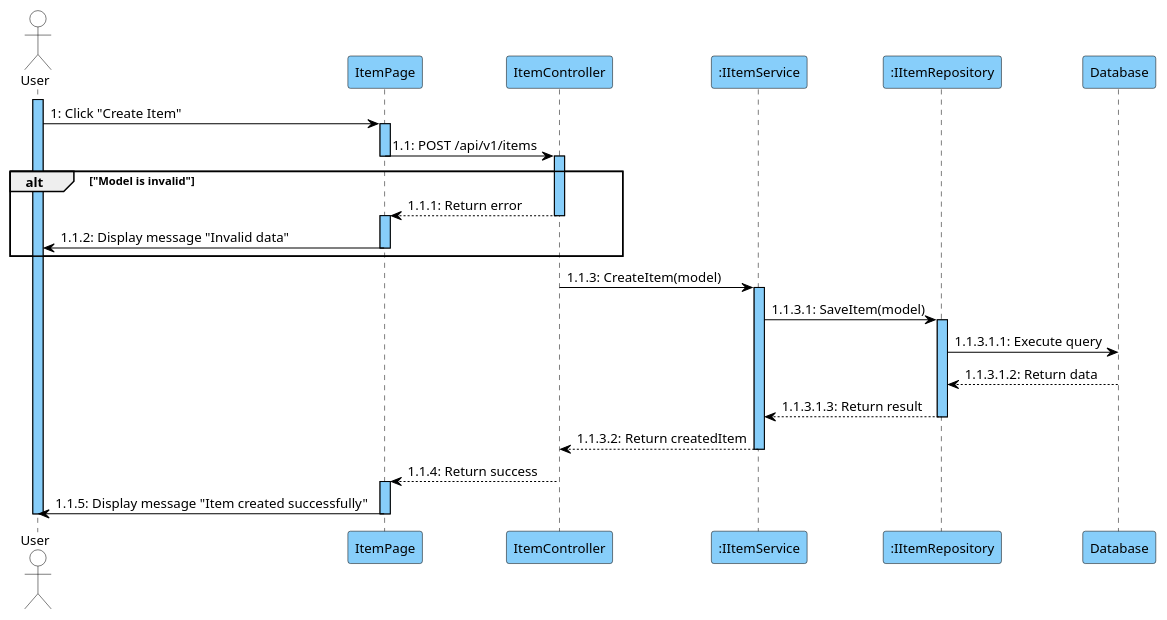
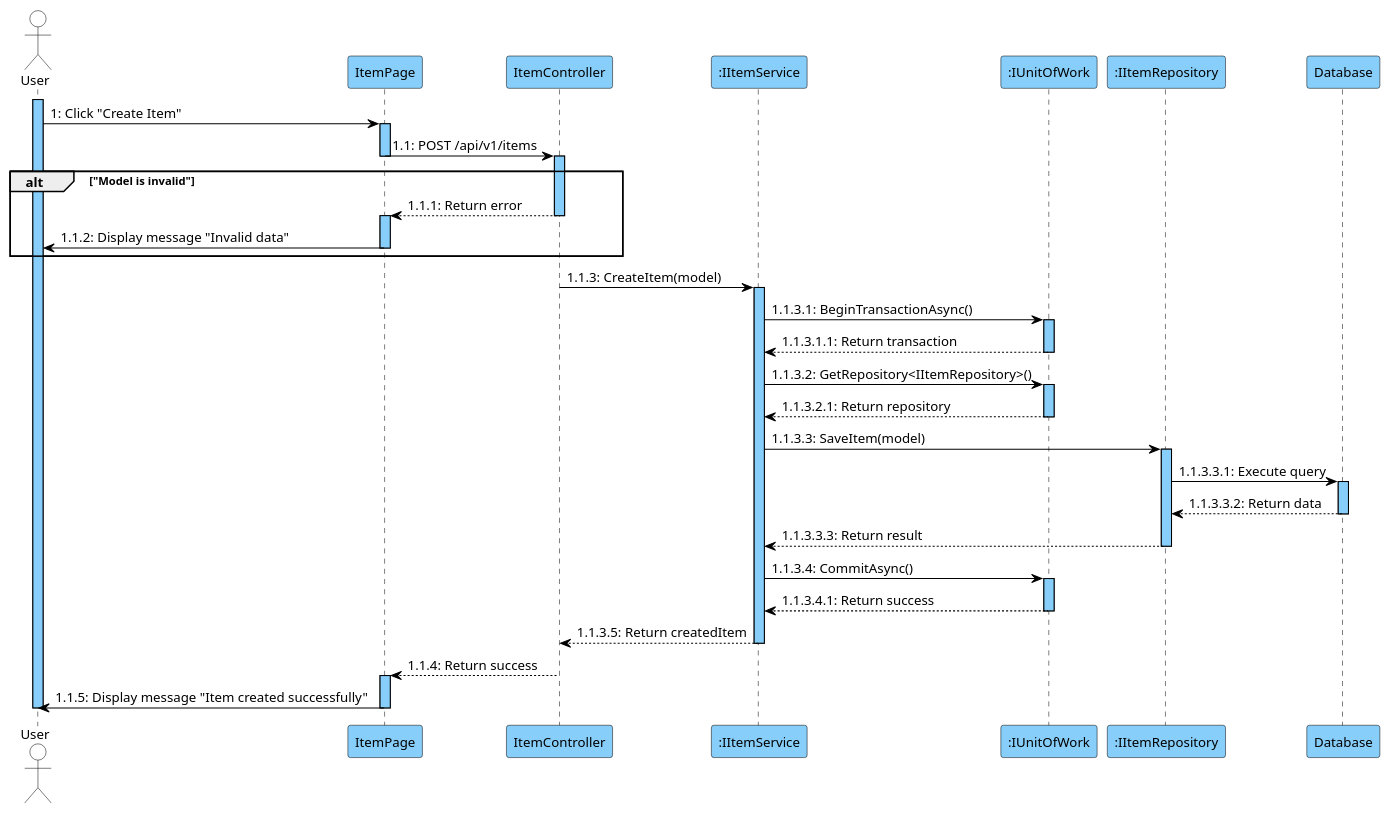
Before and after one commit to SOP-SmartOutfitPlanner/sop-api: diagram 13 of 13 in .github/prompts/draw-sequence-diagram.prompt.md, drawn with PlantUML. The commit also changed other lines of this file, not shown here.

Commit message:
fix: sequence diagram

```diff
--- a/.github/prompts/draw-sequence-diagram.prompt.md
+++ b/.github/prompts/draw-sequence-diagram.prompt.md
@@ -346,6 +498,7 @@
 participant "ItemPage" as Page
 participant "ItemController" as Controller
 participant ":IItemService" as Service
+participant ":IUnitOfWork" as UoW
 participant ":IItemRepository" as Repo
 participant "Database" as DB
 
@@ -372,14 +525,31 @@
 Controller -> Service: 1.1.3: CreateItem(model)
 activate Service
 
-Service -> Repo: 1.1.3.1: SaveItem(model)
+Service -> UoW: 1.1.3.1: BeginTransactionAsync()
+activate UoW
+UoW --> Service: 1.1.3.1.1: Return transaction
+deactivate UoW
+
+Service -> UoW: 1.1.3.2: GetRepository<IItemRepository>()
+activate UoW
+UoW --> Service: 1.1.3.2.1: Return repository
+deactivate UoW
+
+Service -> Repo: 1.1.3.3: SaveItem(model)
 activate Repo
-Repo -> DB: 1.1.3.1.1: Execute query
-DB --> Repo: 1.1.3.1.2: Return data
-Repo --> Service: 1.1.3.1.3: Return result
+Repo -> DB: 1.1.3.3.1: Execute query
+activate DB
+DB --> Repo: 1.1.3.3.2: Return data
+deactivate DB
+Repo --> Service: 1.1.3.3.3: Return result
 deactivate Repo
 
-Service --> Controller: 1.1.3.2: Return createdItem
+Service -> UoW: 1.1.3.4: CommitAsync()
+activate UoW
+UoW --> Service: 1.1.3.4.1: Return success
+deactivate UoW
+
+Service --> Controller: 1.1.3.5: Return createdItem
 deactivate Service
 
 Controller --> Page: 1.1.4: Return success
```
